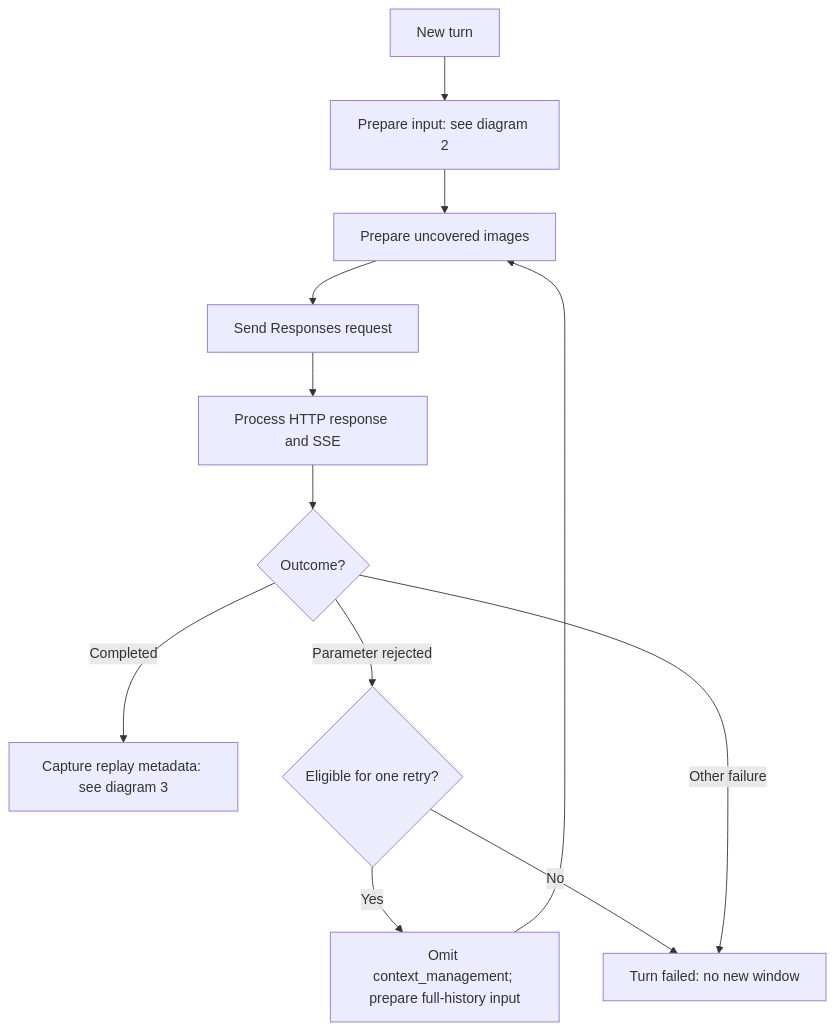
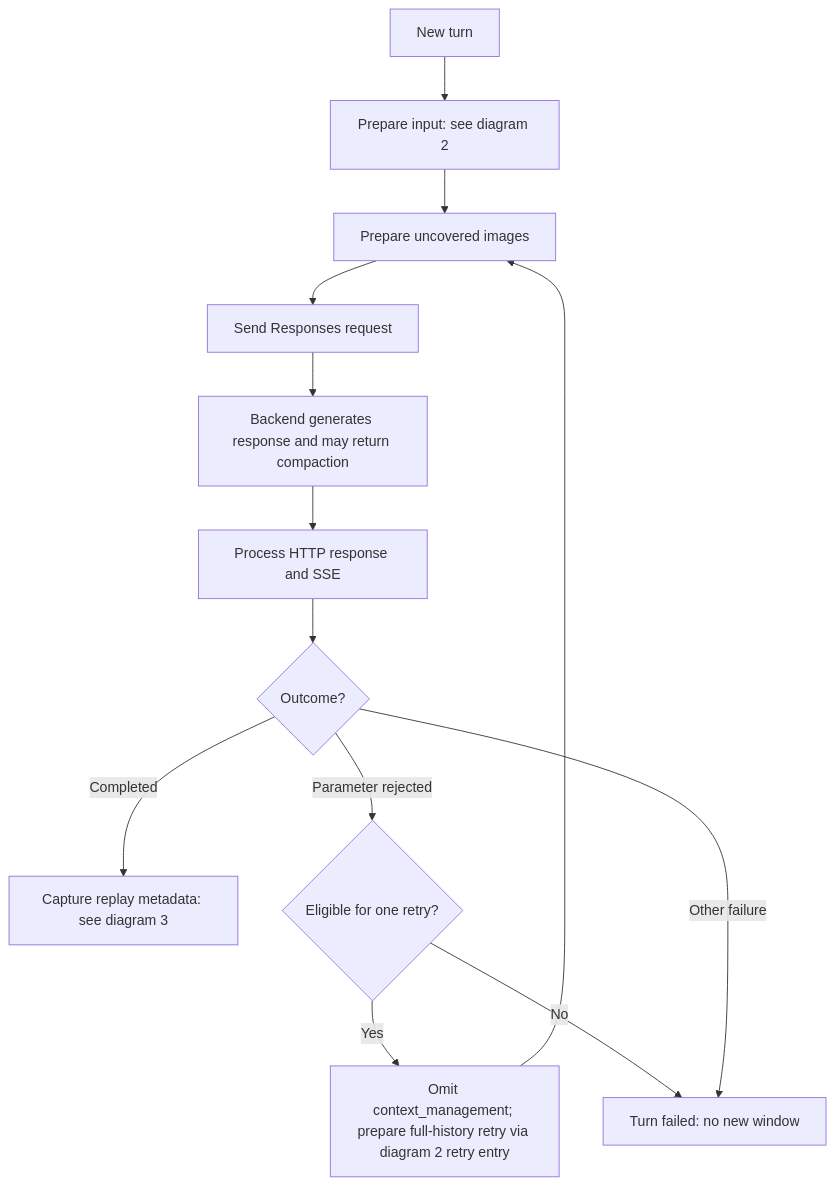
The first of 3 diagrams in docs/COMPACTION.md (sakusaku-rich/dsh-codex-subscription-bridge), drawn with Mermaid before and after one commit. The commit also changed other lines of this file, not shown here.

Commit message:
docs: distinguish replay and full-history trimming flows

````diff
--- a/docs/COMPACTION.md
+++ b/docs/COMPACTION.md
@@ -39,14 +39,15 @@
 ```mermaid
 flowchart TD
     Start["New turn"] --> Prepare["Prepare input: see diagram 2"]
     Prepare --> Images["Prepare uncovered images"]
     Images --> Send["Send Responses request"]
-    Send --> Read["Process HTTP response and SSE"]
+    Send --> Backend["Backend generates response and may return compaction"]
+    Backend --> Read["Process HTTP response and SSE"]
     Read --> Result{"Outcome?"}
     Result -->|Completed| Capture["Capture replay metadata: see diagram 3"]
     Result -->|Parameter rejected| Eligible{"Eligible for one retry?"}
-    Eligible -->|Yes| Retry["Omit context_management; prepare full-history input"]
+    Eligible -->|Yes| Retry["Omit context_management; prepare full-history retry via diagram 2 retry entry"]
     Retry --> Images
     Eligible -->|No| Failed["Turn failed: no new window"]
     Result -->|Other failure| Failed
 ```
````
